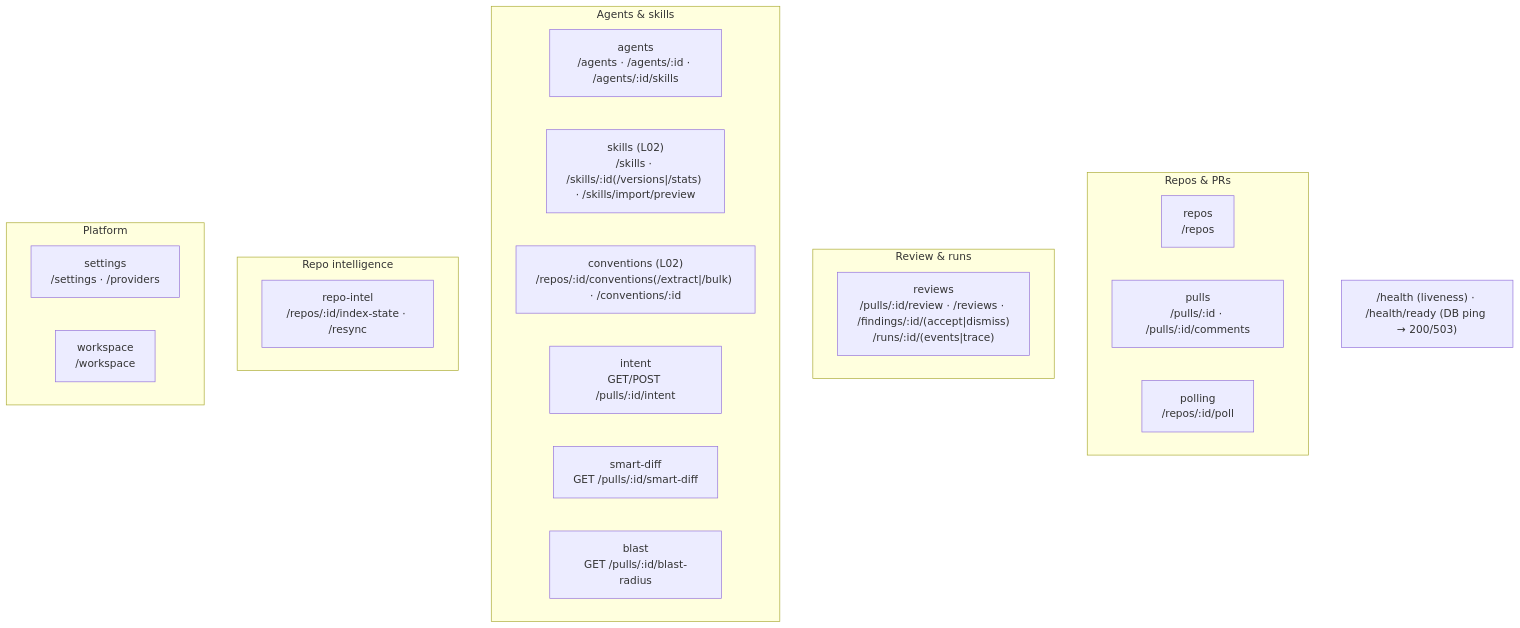
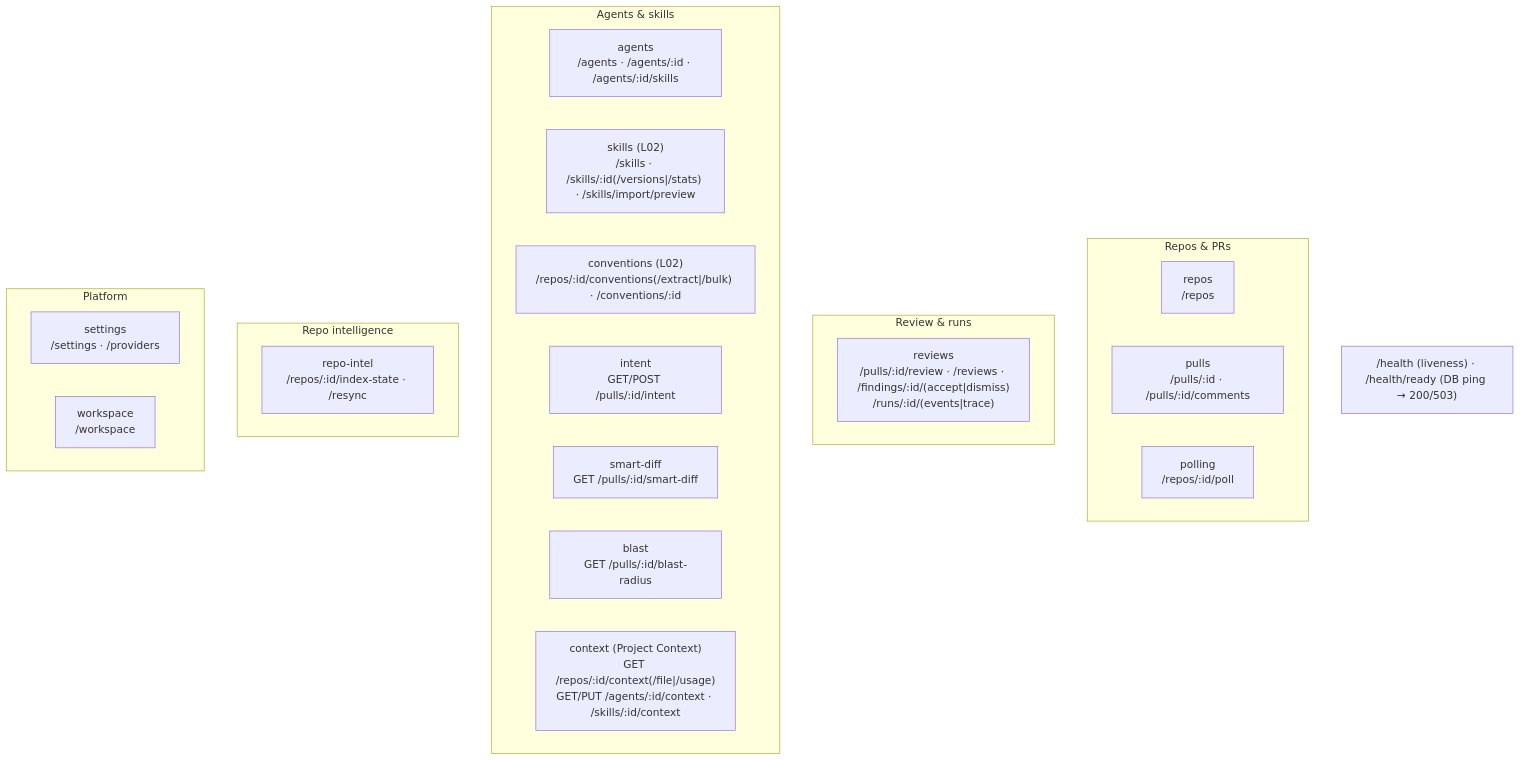
One commit to aptrnk1/dev-digest changed the second of 2 diagrams in server/README.md. Above: the diagram before and after it, drawn with Mermaid. The commit also changed 15 other files, not shown here.

Commit message:
Project Context T7: context API (scanner, path rules, service, repository, routes)

````diff
--- a/server/README.md
+++ b/server/README.md
@@ -64,27 +64,28 @@
 ```mermaid
 flowchart TB
   subgraph Repos_PRs["Repos & PRs"]
     repos["repos<br/>/repos"]
     pulls["pulls<br/>/pulls/:id · /pulls/:id/comments"]
     polling["polling<br/>/repos/:id/poll"]
   end
   subgraph Review["Review & runs"]
     reviews["reviews<br/>/pulls/:id/review · /reviews · /findings/:id/(accept|dismiss)<br/>/runs/:id/(events|trace)"]
   end
   subgraph Agents["Agents & skills"]
     agents["agents<br/>/agents · /agents/:id · /agents/:id/skills"]
     skills["skills (L02)<br/>/skills · /skills/:id(/versions|/stats) · /skills/import/preview"]
     conventions["conventions (L02)<br/>/repos/:id/conventions(/extract|/bulk) · /conventions/:id"]
     intent["intent<br/>GET/POST /pulls/:id/intent"]
     smartDiff["smart-diff<br/>GET /pulls/:id/smart-diff"]
     blast["blast<br/>GET /pulls/:id/blast-radius"]
+    context["context (Project Context)<br/>GET /repos/:id/context(/file|/usage)<br/>GET/PUT /agents/:id/context · /skills/:id/context"]
   end
   subgraph Intel["Repo intelligence"]
     repoIntel["repo-intel<br/>/repos/:id/index-state · /resync"]
   end
   subgraph Platform["Platform"]
     settings["settings<br/>/settings · /providers"]
     workspace["workspace<br/>/workspace"]
   end
   HEALTH["/health (liveness) · /health/ready (DB ping → 200/503)"]
 ```
````
